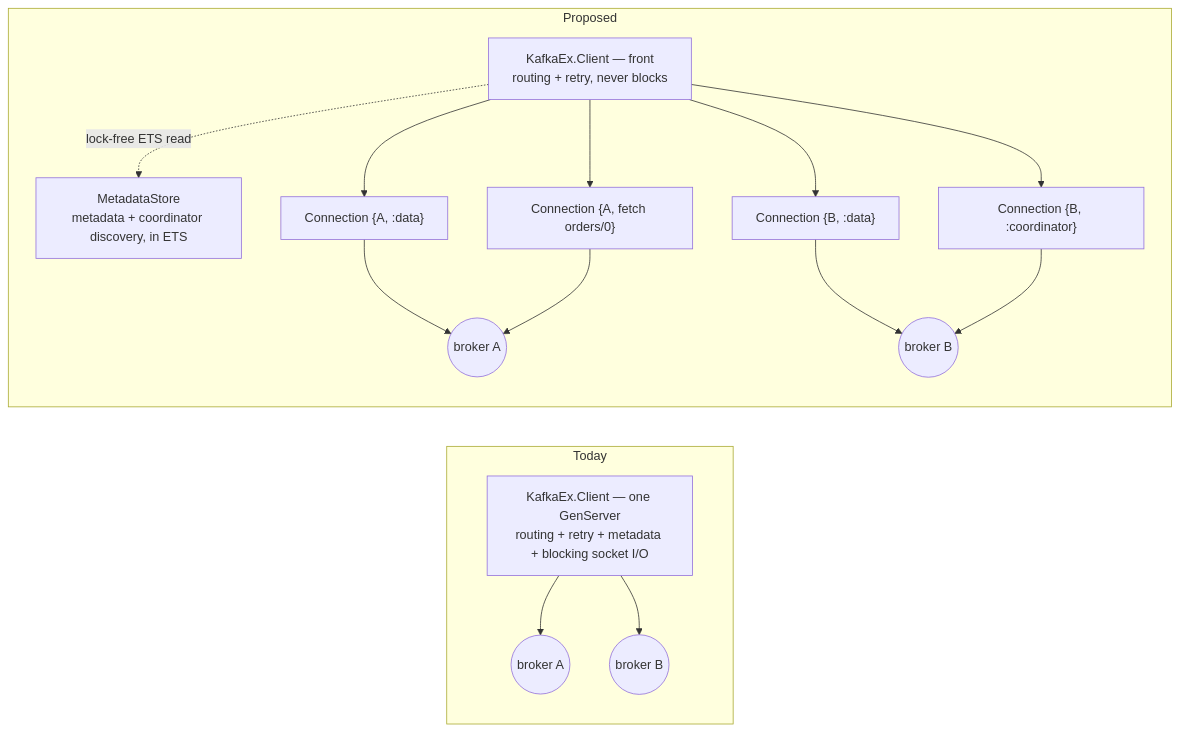
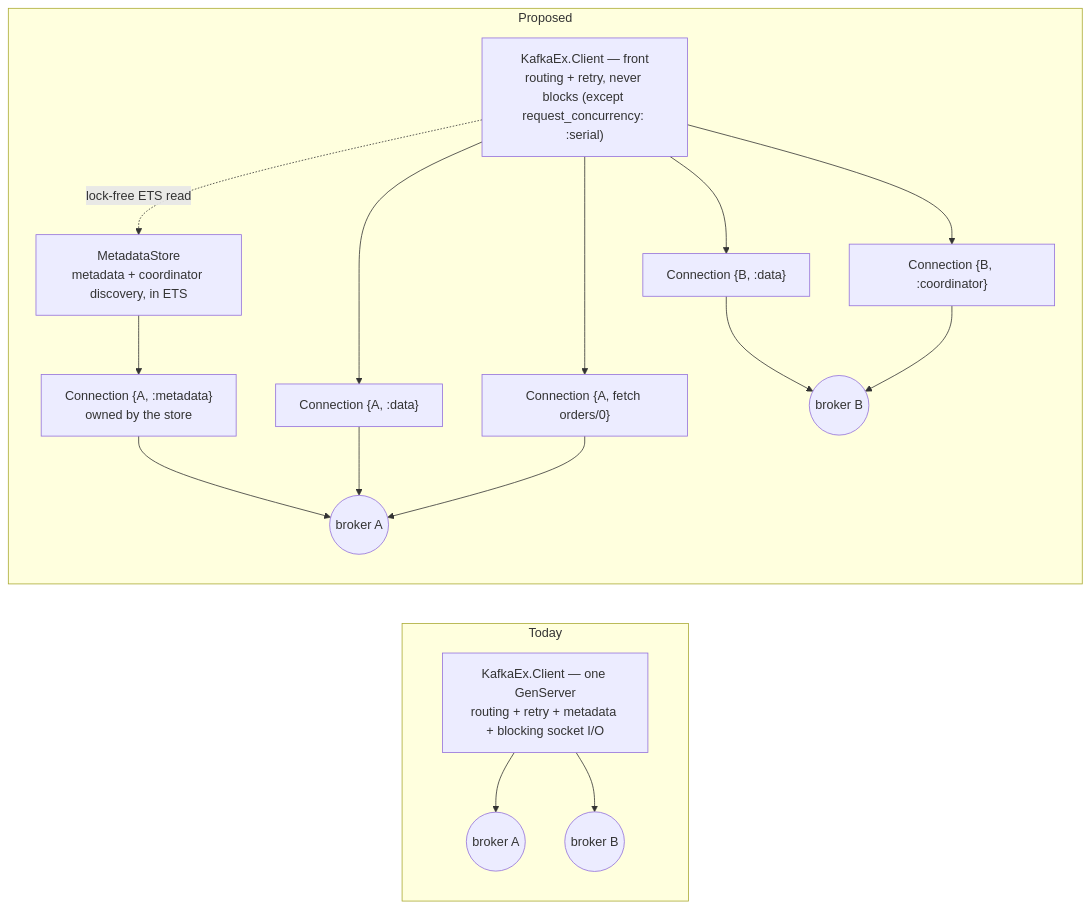
One commit to kafkaex/kafka_ex changed the first of 10 diagrams in docs/rfcs/0001-client-process-architecture.md. Above: the diagram before and after it, drawn with Mermaid. The commit also changed other lines of this file, not shown here.

First line of the commit message:
docs(rfc-0001): apply two independent reviews (deadline, first_available, ApiVersions, PR order, gate/timeout, metadata failover)

````diff
--- a/docs/rfcs/0001-client-process-architecture.md
+++ b/docs/rfcs/0001-client-process-architecture.md
@@ -75,21 +78,23 @@
 ```mermaid
 flowchart LR
     subgraph today["Today"]
         C1["KafkaEx.Client — one GenServer<br/>routing + retry + metadata + blocking socket I/O"]
         C1 --> A1(("broker A"))
         C1 --> B1(("broker B"))
     end
     subgraph after["Proposed"]
-        F["KafkaEx.Client — front<br/>routing + retry, never blocks"]
+        F["KafkaEx.Client — front<br/>routing + retry, never blocks (except request_concurrency: :serial)"]
         S["MetadataStore<br/>metadata + coordinator discovery, in ETS"]
+        CM["Connection {A, :metadata}<br/>owned by the store"]
         CA["Connection {A, :data}"]
         CF["Connection {A, fetch orders/0}"]
         CB["Connection {B, :data}"]
         CC["Connection {B, :coordinator}"]
         F -. "lock-free ETS read" .-> S
-        F --> CA --> A2(("broker A"))
+        S --> CM --> A2(("broker A"))
+        F --> CA --> A2
         F --> CF --> A2
         F --> CB --> B2(("broker B"))
         F --> CC --> B2
     end
 ```
````
